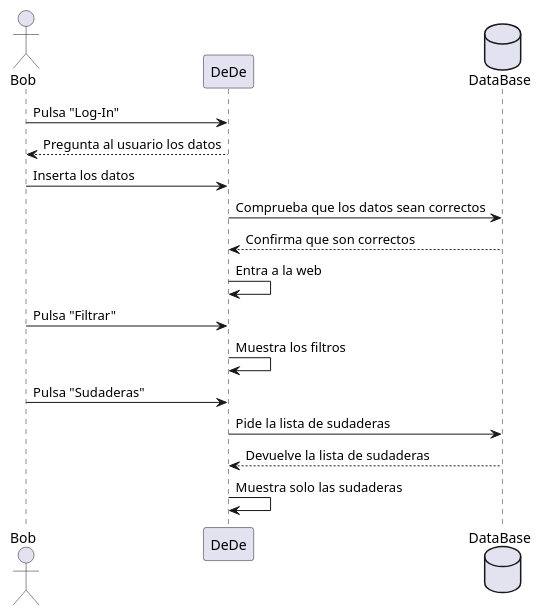
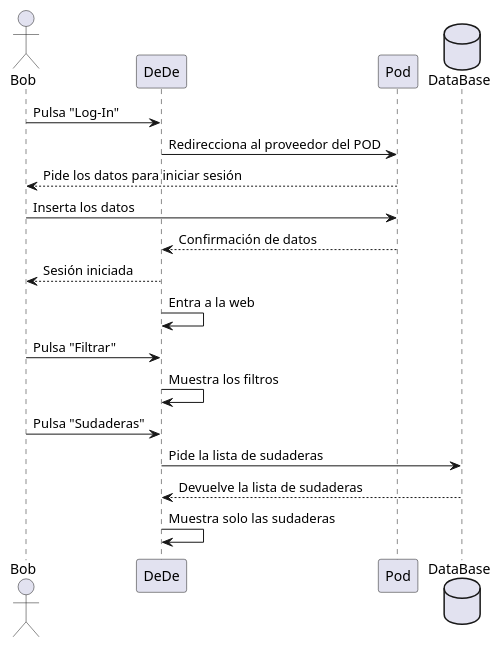
The second of 4 diagrams in docs/06_runtime_view.adoc (Arquisoft/dede_es6b), drawn with PlantUML before and after one commit. The commit also changed other lines of this file, not shown here.

```diff
--- a/docs/06_runtime_view.adoc
+++ b/docs/06_runtime_view.adoc
@@ -28,18 +30,20 @@
 [plantuml,"06_runtime_filtro",png]
 ----
 actor Bob
 participant DeDe
+participant Pod
 database DataBase as "DataBase"
-Bob -> DeDe: Pulsa "Log-In"
-DeDe--> Bob: Pregunta al usuario los datos
-Bob -> DeDe: Inserta los datos
-DeDe-> DataBase: Comprueba que los datos sean correctos
-DataBase --> DeDe: Confirma que son correctos
+Bob -> DeDe: Pulsa "Log-In" 
+DeDe -> Pod: Redirecciona al proveedor del POD
+Bob <-- Pod: Pide los datos para iniciar sesión
+Bob -> Pod: Inserta los datos
+DeDe <-- Pod: Confirmación de datos
+Bob <-- DeDe: Sesión iniciada
 DeDe-> DeDe: Entra a la web
 Bob -> DeDe: Pulsa "Filtrar"
 DeDe-> DeDe: Muestra los filtros
 Bob -> DeDe: Pulsa "Sudaderas"
 DeDe-> DataBase: Pide la lista de sudaderas
 DataBase --> DeDe: Devuelve la lista de sudaderas
 DeDe-> DeDe: Muestra solo las sudaderas
 ----
```
